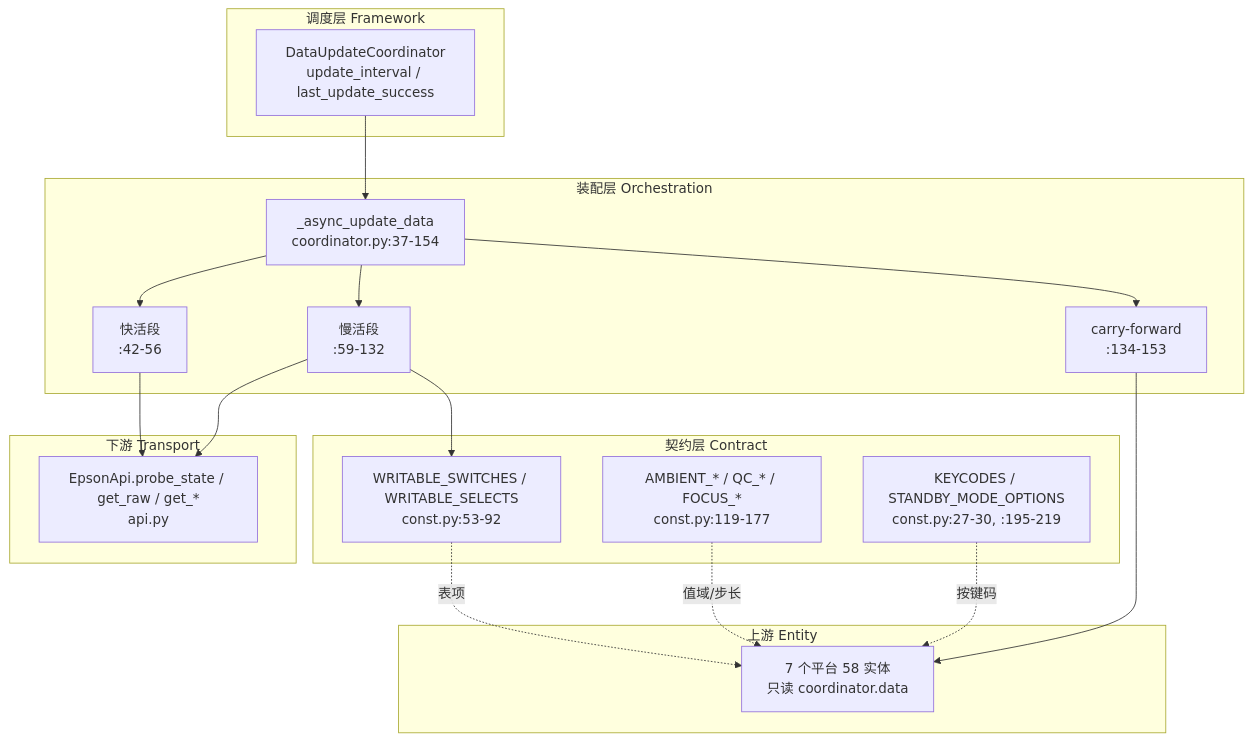
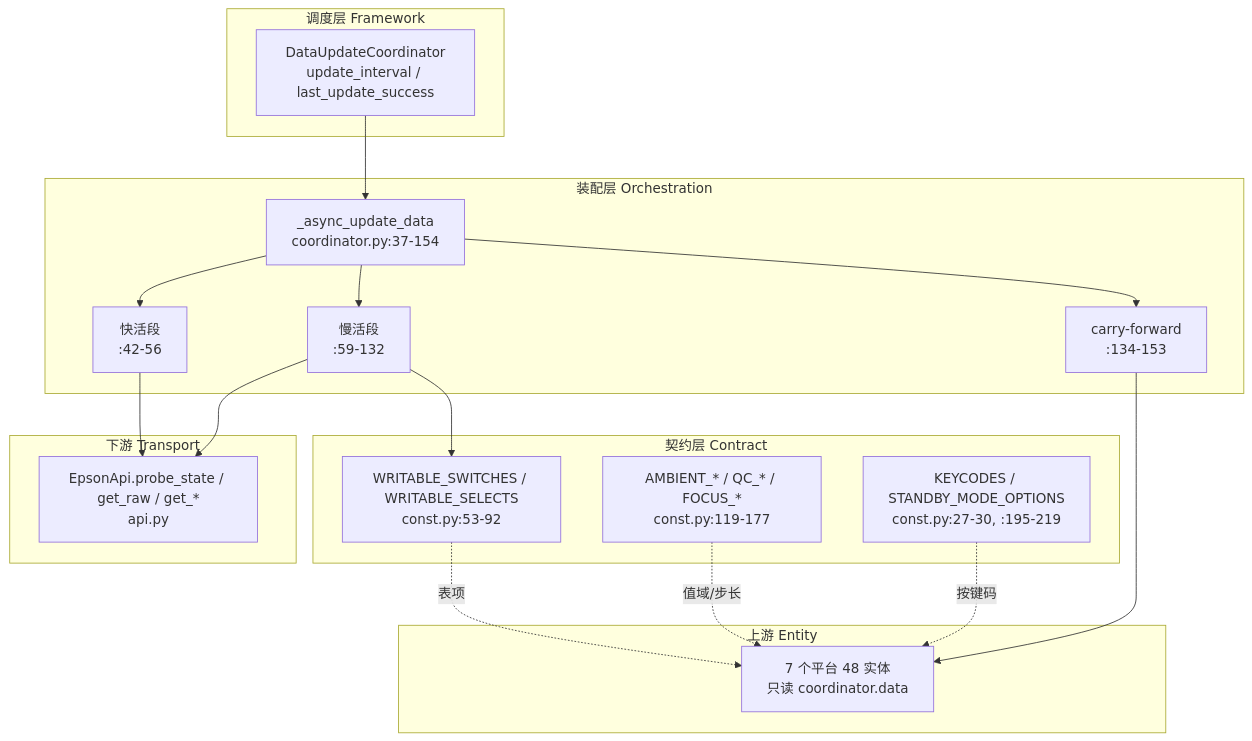
One commit to aixmoyu/ha-epson-ef-projector changed the first of 4 diagrams in docs/architecture/subsystems/state-coordinator/module_design.md. Above: the diagram before and after it, drawn with Mermaid. The commit also changed other lines of this file and 78 other files, not shown here.

````diff
--- a/docs/architecture/subsystems/state-coordinator/module_design.md
+++ b/docs/architecture/subsystems/state-coordinator/module_design.md
@@ -35,32 +35,32 @@
 ```mermaid
 graph TD
     subgraph 调度层 Framework
         F1["DataUpdateCoordinator<br/>update_interval / last_update_success"]
     end
     subgraph 装配层 Orchestration
         O1["_async_update_data<br/>coordinator.py:37-154"]
         O2["快活段<br/>:42-56"]
         O3["慢活段<br/>:59-132"]
         O4["carry-forward<br/>:134-153"]
     end
     subgraph 契约层 Contract
         K1["WRITABLE_SWITCHES / WRITABLE_SELECTS<br/>const.py:53-92"]
         K2["AMBIENT_* / QC_* / FOCUS_*<br/>const.py:119-177"]
         K3["KEYCODES / STANDBY_MODE_OPTIONS<br/>const.py:27-30, :195-219"]
     end
     subgraph 下游 Transport
         T1["EpsonApi.probe_state / get_raw / get_*<br/>api.py"]
     end
     subgraph 上游 Entity
-        E1["7 个平台 58 实体<br/>只读 coordinator.data"]
+        E1["7 个平台 48 实体<br/>只读 coordinator.data"]
     end
     F1 --> O1
     O1 --> O2 --> T1
     O1 --> O3 --> T1
     O3 --> K1
     O1 --> O4
     O4 --> E1
     K2 -.值域/步长.-> E1
     K3 -.按键码.-> E1
     K1 -.表项.-> E1
 ```
````
